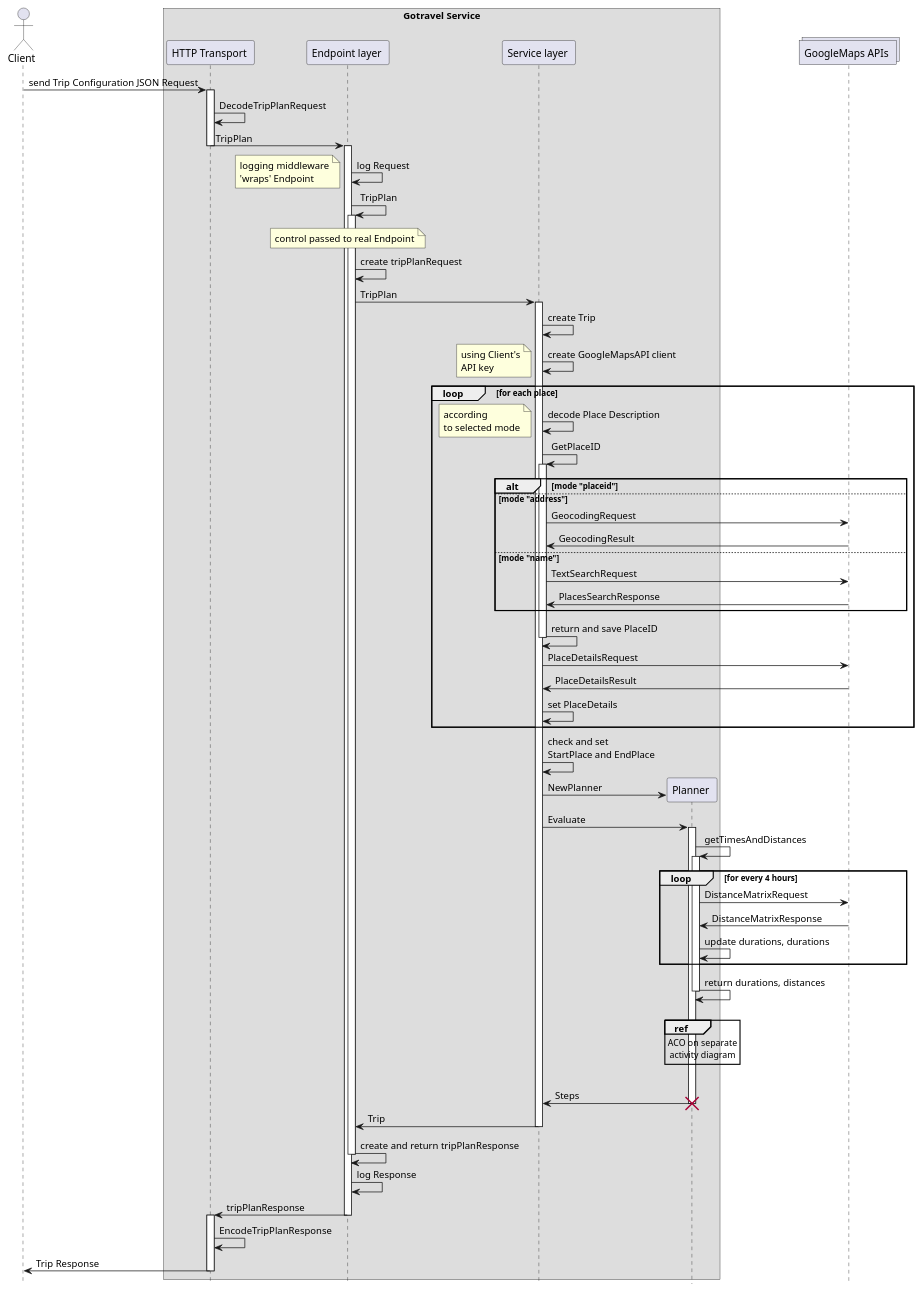
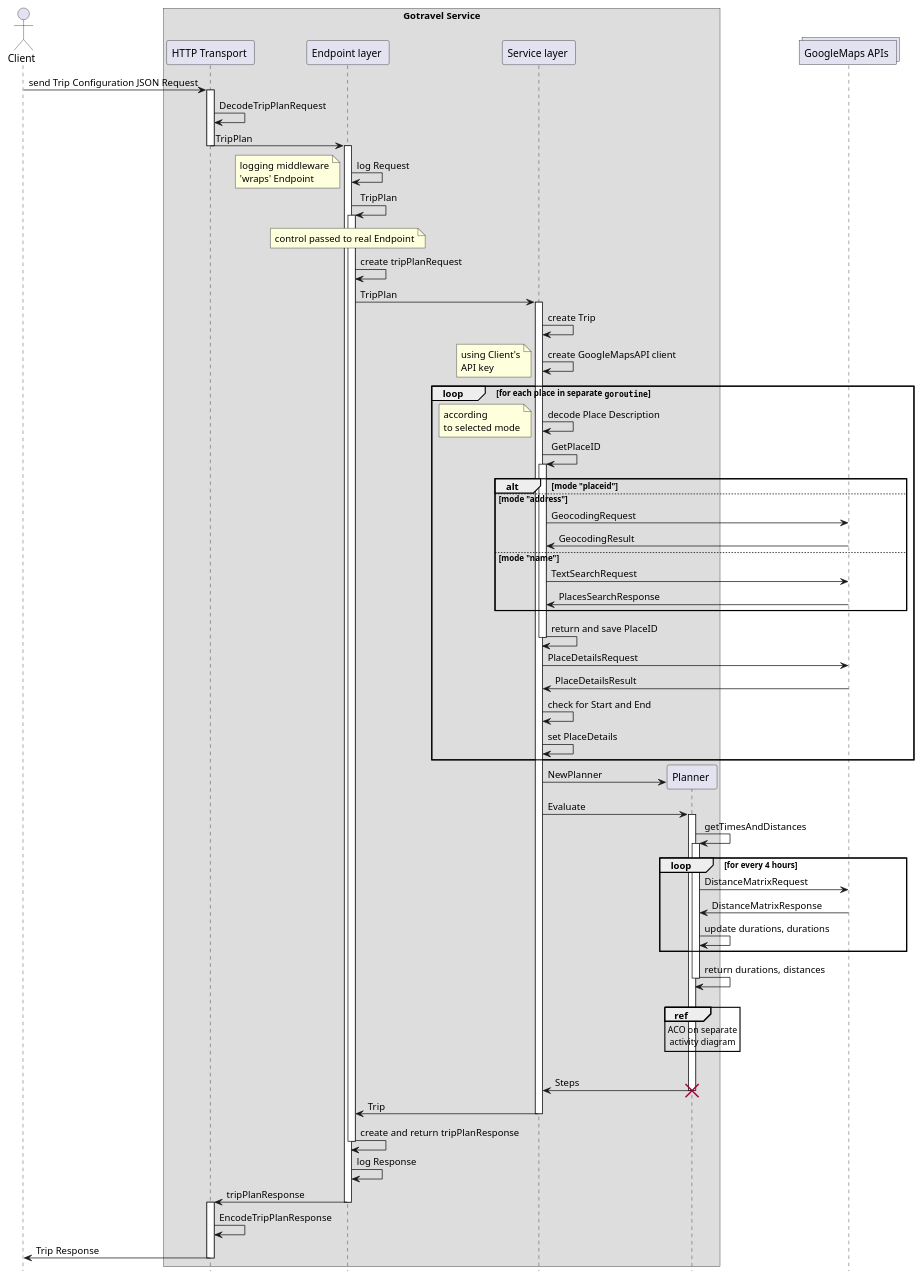
One commit to radekwlsk/go-travel changed the diagram in svc_sequence.plantuml. Above: the diagram before and after it, drawn with PlantUML. The commit also changed 3 other files, not shown here.

Commit message:
UML diagrams

```diff
--- a/svc_sequence.plantuml
+++ b/svc_sequence.plantuml
@@ -1,92 +1,90 @@
 @startuml
 
 actor Client as C
 
 box "Gotravel Service"
  participant "HTTP Transport " as T
  participant "Endpoint layer " as E
  participant "Service layer " as S
  participant "Planner " as P
 end box
 collections "GoogleMaps APIs " as G
 
 C -> T: send Trip Configuration JSON Request
 activate T
 T -> T: DecodeTripPlanRequest
 T -> E: TripPlan
 deactivate T
 activate E
 E -> E: log Request
 note left: logging middleware\n'wraps' Endpoint
 E -> E: TripPlan
 activate E
 note over E: control passed to real Endpoint
 E -> E: create tripPlanRequest
 E -> S: TripPlan
 
 activate S
 S -> S: create Trip
 S -> S: create GoogleMapsAPI client
 note left: using Client's\nAPI key
 
-loop for each place
+loop for each place in separate ""goroutine""
  S -> S: decode Place Description
  note left: according\nto selected mode
  S -> S: GetPlaceID
  activate S
  alt mode "placeid"
  else mode "address"
  S -> G: GeocodingRequest
  S <- G: GeocodingResult
  else mode "name"
  S -> G: TextSearchRequest
  S <- G: PlacesSearchResponse
  end alt
  S -> S: return and save PlaceID
  deactivate S
  S -> G: PlaceDetailsRequest
  S <- G: PlaceDetailsResult
+ S -> S: check for Start and End
  S -> S: set PlaceDetails
 end loop
-
-S -> S: check and set\nStartPlace and EndPlace
 
 create P
 S -> P: NewPlanner
 S -> P: Evaluate
 activate P
 P -> P: getTimesAndDistances
 activate P
 loop for every 4 hours
  P -> G: DistanceMatrixRequest
  P <- G: DistanceMatrixResponse
  P -> P: update durations, durations
 end loop
 P -> P: return durations, distances
 deactivate P
 |||
 ref over P
  ACO on separate
  activity diagram
 end
 |||
 S <- P: Steps
 destroy P
 E <- S: Trip
 
 deactivate S
 
 E -> E: create and return tripPlanResponse
 deactivate E
 E -> E: log Response
 T <- E: tripPlanResponse
 deactivate E
 activate T
 T -> T: EncodeTripPlanResponse
 C <- T: Trip Response
 deactivate T
 
-
 hide footbox
 
 @enduml
```
